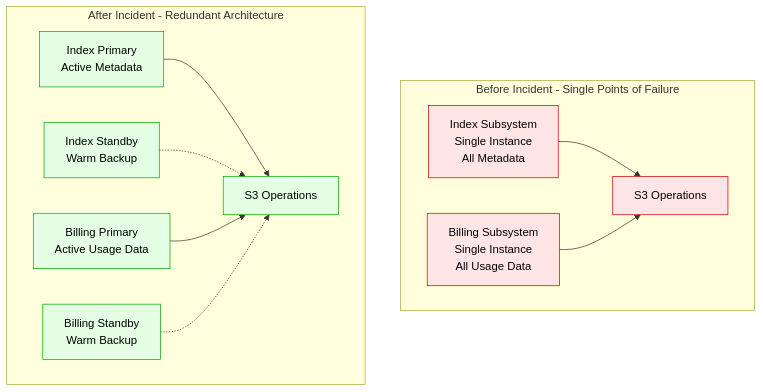
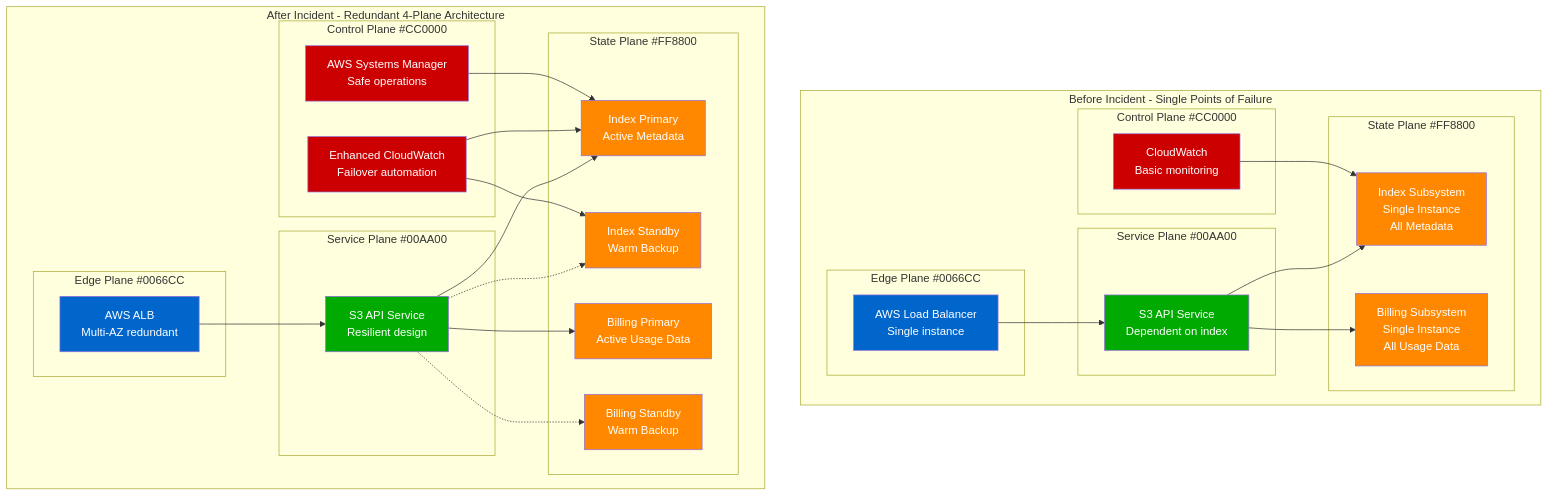
One commit to deepaucksharma/DS changed the second of 2 diagrams in site/docs/incidents/aws-s3-2017.md. Above: the diagram before and after it, drawn with Mermaid. The commit also changed other lines of this file and 42 other files, not shown here.

````diff
--- a/site/docs/incidents/aws-s3-2017.md
+++ b/site/docs/incidents/aws-s3-2017.md
@@ -279,29 +279,68 @@
 ```mermaid
 graph TB
     subgraph Before["Before Incident - Single Points of Failure"]
-        IndexSingle["Index Subsystem<br/>Single Instance<br/>All Metadata"]
-        BillingSingle["Billing Subsystem<br/>Single Instance<br/>All Usage Data"]
+        subgraph EdgeBefore["Edge Plane #0066CC"]
+            LoadBalancer["AWS Load Balancer<br/>Single instance"]
+        end
 
-        IndexSingle --> S3Operations["S3 Operations"]
-        BillingSingle --> S3Operations
+        subgraph ServiceBefore["Service Plane #00AA00"]
+            S3API["S3 API Service<br/>Dependent on index"]
+        end
+
+        subgraph StateBefore["State Plane #FF8800"]
+            IndexSingle["Index Subsystem<br/>Single Instance<br/>All Metadata"]
+            BillingSingle["Billing Subsystem<br/>Single Instance<br/>All Usage Data"]
+        end
+
+        subgraph ControlBefore["Control Plane #CC0000"]
+            MonitoringBefore["CloudWatch<br/>Basic monitoring"]
+        end
+
+        LoadBalancer --> S3API
+        S3API --> IndexSingle
+        S3API --> BillingSingle
+        MonitoringBefore --> IndexSingle
     end
 
-    subgraph After["After Incident - Redundant Architecture"]
-        IndexPrimary["Index Primary<br/>Active Metadata"]
-        IndexStandby["Index Standby<br/>Warm Backup"]
-        BillingPrimary["Billing Primary<br/>Active Usage Data"]
-        BillingStandby["Billing Standby<br/>Warm Backup"]
+    subgraph After["After Incident - Redundant 4-Plane Architecture"]
+        subgraph EdgeAfter["Edge Plane #0066CC"]
+            LoadBalancerNew["AWS ALB<br/>Multi-AZ redundant"]
+        end
 
-        IndexPrimary --> S3OperationsNew["S3 Operations"]
-        IndexStandby -.-> S3OperationsNew
-        BillingPrimary --> S3OperationsNew
-        BillingStandby -.-> S3OperationsNew
+        subgraph ServiceAfter["Service Plane #00AA00"]
+            S3APINew["S3 API Service<br/>Resilient design"]
+        end
+
+        subgraph StateAfter["State Plane #FF8800"]
+            IndexPrimary["Index Primary<br/>Active Metadata"]
+            IndexStandby["Index Standby<br/>Warm Backup"]
+            BillingPrimary["Billing Primary<br/>Active Usage Data"]
+            BillingStandby["Billing Standby<br/>Warm Backup"]
+        end
+
+        subgraph ControlAfter["Control Plane #CC0000"]
+            MonitoringAfter["Enhanced CloudWatch<br/>Failover automation"]
+            AutomationAfter["AWS Systems Manager<br/>Safe operations"]
+        end
+
+        LoadBalancerNew --> S3APINew
+        S3APINew --> IndexPrimary
+        S3APINew -.-> IndexStandby
+        S3APINew --> BillingPrimary
+        S3APINew -.-> BillingStandby
+        MonitoringAfter --> IndexPrimary
+        MonitoringAfter --> IndexStandby
+        AutomationAfter --> IndexPrimary
     end
 
-    %% Style the graphs
-    classDef beforeStyle fill:#FFE5E5,stroke:#CC0000,color:#000
-    classDef afterStyle fill:#E5FFE5,stroke:#00AA00,color:#000
+    %% Apply 4-plane architecture colors
+    classDef edgeStyle fill:#0066CC,color:#fff
+    classDef serviceStyle fill:#00AA00,color:#fff
+    classDef stateStyle fill:#FF8800,color:#fff
+    classDef controlStyle fill:#CC0000,color:#fff
 
-    class IndexSingle,BillingSingle,S3Operations beforeStyle
-    class IndexPrimary,IndexStandby,BillingPrimary,BillingStandby,S3OperationsNew afterStyle
+    class LoadBalancer,LoadBalancerNew edgeStyle
+    class S3API,S3APINew serviceStyle
+    class IndexSingle,BillingSingle,IndexPrimary,IndexStandby,BillingPrimary,BillingStandby stateStyle
+    class MonitoringBefore,MonitoringAfter,AutomationAfter controlStyle
 ```
````
